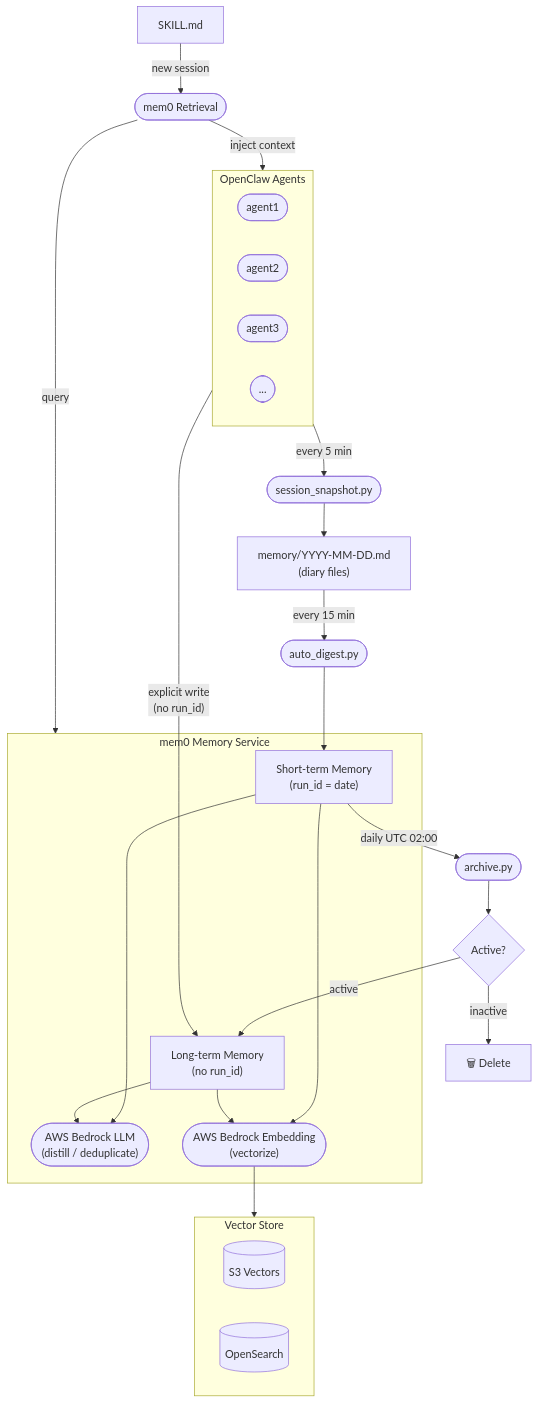
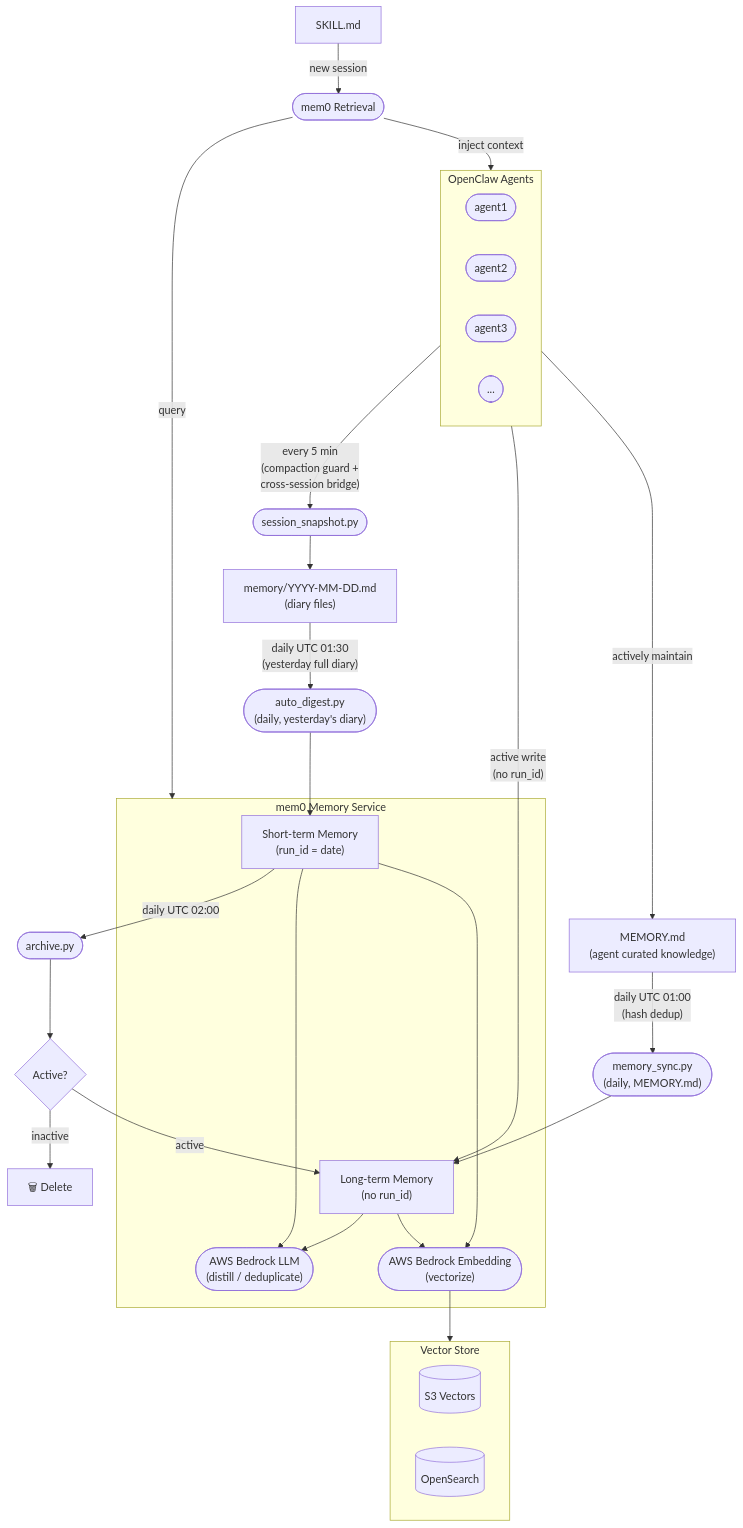
Before and after one commit to norrishuang/mem0-memory-service: the diagram in docs/guide/architecture.md, drawn with Mermaid. The commit also changed other lines of this file and 3 other files, not shown here.

First line of the commit message:
docs: overhaul architecture docs and README for refactored pipeline

````diff
--- a/docs/guide/architecture.md
+++ b/docs/guide/architecture.md
@@ -5,51 +5,56 @@
 ```mermaid
 flowchart TD
     subgraph Agents["OpenClaw Agents"]
         A1(["agent1"])
         A2(["agent2"])
         A3(["agent3"])
         A4(["..."])
     end
 
     Diary["memory/YYYY-MM-DD.md\n(diary files)"]
+    MemoryMD["MEMORY.md\n(agent curated knowledge)"]
     Snap(["session_snapshot.py"])
-    Digest(["auto_digest.py"])
+    Digest(["auto_digest.py\n(daily, yesterday's diary)"])
+    Sync(["memory_sync.py\n(daily, MEMORY.md)"])
     Archive(["archive.py"])
 
     subgraph Mem0["mem0 Memory Service"]
         LLM(["AWS Bedrock LLM\n(distill / deduplicate)"])
         Embed(["AWS Bedrock Embedding\n(vectorize)"])
         STM["Short-term Memory\n(run_id = date)"]
         LTM["Long-term Memory\n(no run_id)"]
     end
 
     Decision{"Active?"}
 
     subgraph Store["Vector Store"]
         S3[("S3 Vectors")]
         OS[("OpenSearch")]
     end
 
     SKILL["SKILL.md"]
     Retrieve(["mem0 Retrieval"])
 
-    Agents -- "every 5 min" --> Snap
+    Agents -- "every 5 min\n(compaction guard +\ncross-session bridge)" --> Snap
+    Agents -- "active write\n(no run_id)" --> LTM
+    Agents -- "actively maintain" --> MemoryMD
     Snap --> Diary
-    Diary -- "every 15 min" --> Digest
+    Diary -- "daily UTC 01:30\n(yesterday full diary)" --> Digest
+    MemoryMD -- "daily UTC 01:00\n(hash dedup)" --> Sync
     Digest --> STM
+    Sync --> LTM
     STM -- "daily UTC 02:00" --> Archive
     Archive --> Decision
     Decision -- "active" --> LTM
     Decision -- "inactive" --> Del["🗑 Delete"]
-    Agents -- "explicit write\n(no run_id)" --> LTM
 
     STM --> LLM
     STM --> Embed
     LTM --> LLM
     LTM --> Embed
     Embed --> Store
 
     SKILL -- "new session" --> Retrieve
     Retrieve -- "query" --> Mem0
     Retrieve -- "inject context" --> Agents
 ```
````
